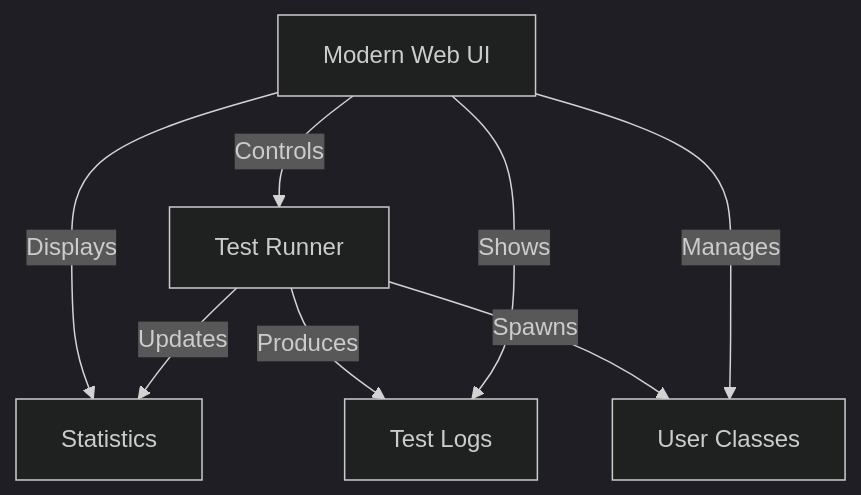
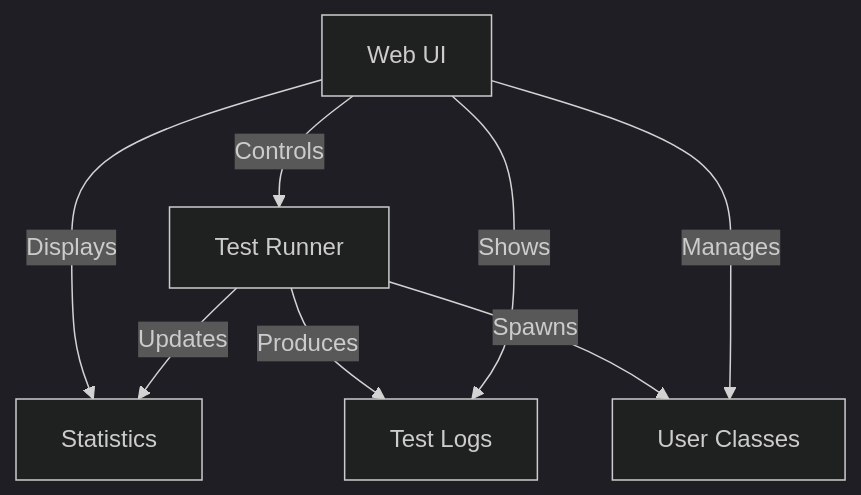
One commit to locustio/locust changed the diagram in docs-md/modern_web_ui.md. Above: the diagram before and after it, drawn with Mermaid (dark theme). The commit also changed other lines of this file and 9 other files, not shown here.

````diff
--- a/docs-md/modern_web_ui.md
+++ b/docs-md/modern_web_ui.md
@@ -9,10 +9,10 @@
 ```mermaid
 flowchart TD
-    UI[Modern Web UI] --> |Controls| Runner[Test Runner]
+    UI[Web UI] --> |Controls| Runner[Test Runner]
     UI --> |Displays| Stats[Statistics]
     Runner --> |Updates| Stats
     Runner --> |Produces| Logs
     UI --> |Shows| Logs[Test Logs]
     Runner --> |Spawns| Users
     UI --> |Manages| Users[User Classes]
 ```
````
